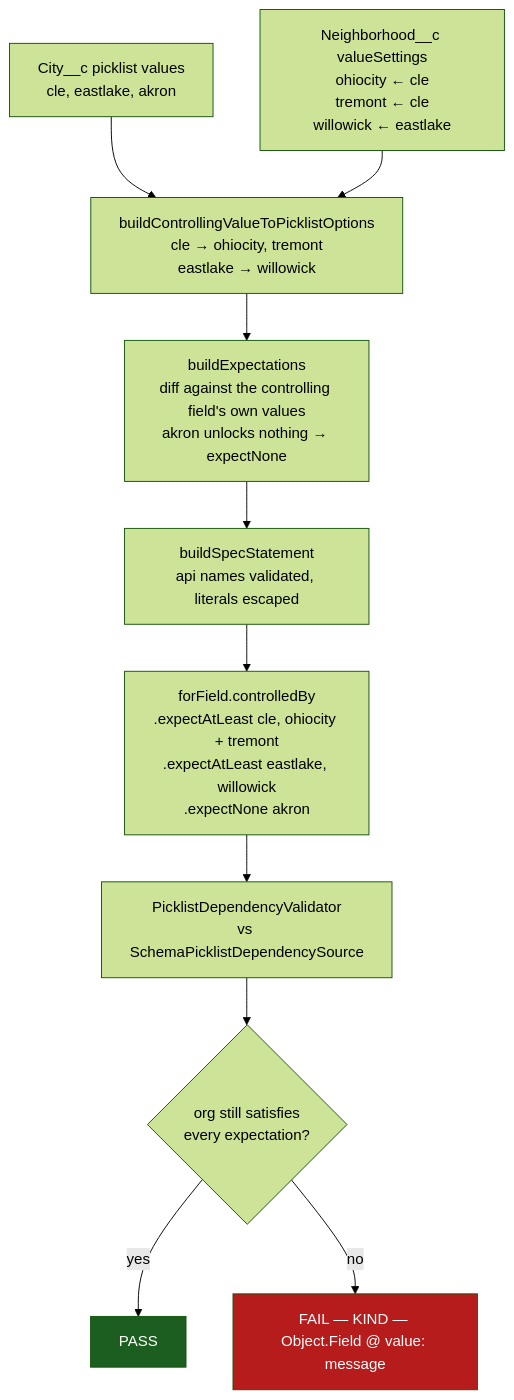
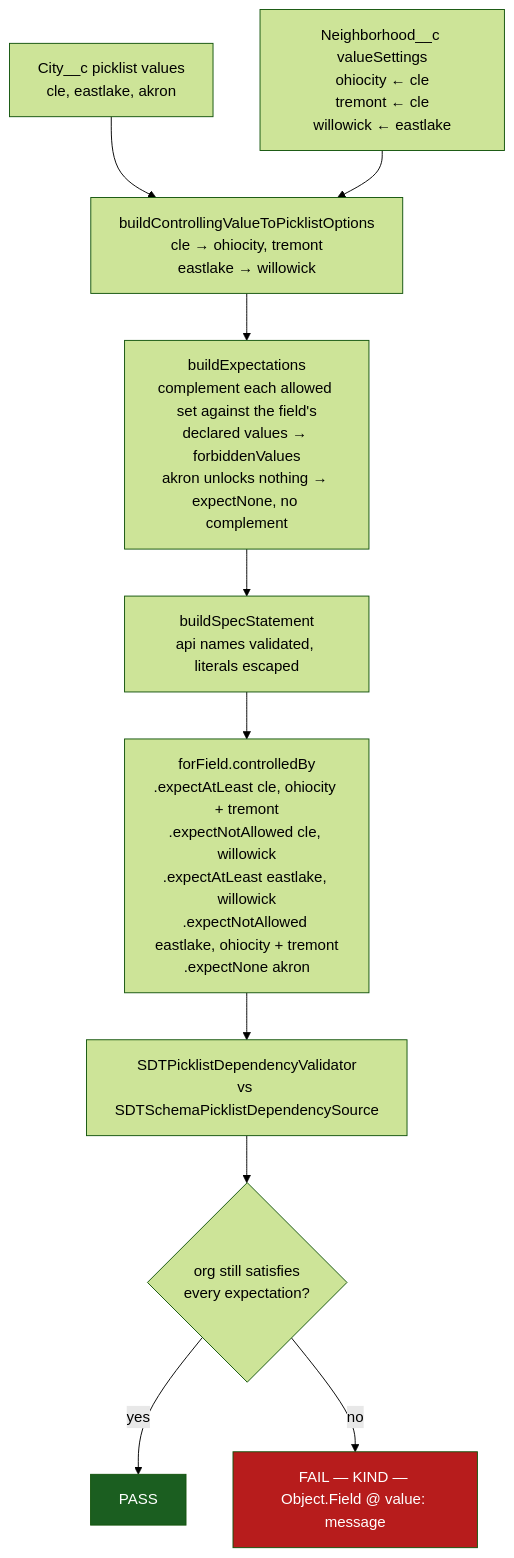
Before and after one commit to jdschleicher/Salesforce-Data-Treecipe: the eighth of 8 diagrams in scripts/picklist-dependency-demo/PICKLIST-DEPENDENCY-FLOW.md, drawn with Mermaid (forest theme). The commit also changed other lines of this file and 1 other file, not shown here.

First line of the commit message:
docs: add picklist dependency flow diagrams, updated for v3.0.0, plus a staleness guard

````diff
--- a/scripts/picklist-dependency-demo/PICKLIST-DEPENDENCY-FLOW.md
+++ b/scripts/picklist-dependency-demo/PICKLIST-DEPENDENCY-FLOW.md
@@ -334,17 +364,17 @@
 ```mermaid
 flowchart TB
     A["City__c picklist values<br/>cle, eastlake, akron"] --> C
     B["Neighborhood__c valueSettings<br/>ohiocity ← cle<br/>tremont ← cle<br/>willowick ← eastlake"] --> C
 
     C["buildControllingValueToPicklistOptions<br/>cle → ohiocity, tremont<br/>eastlake → willowick"]
-    C --> D["buildExpectations<br/>diff against the controlling field's own values<br/>akron unlocks nothing → expectNone"]
+    C --> D["buildExpectations<br/>complement each allowed set against the field's<br/>declared values → forbiddenValues<br/>akron unlocks nothing → expectNone, no complement"]
     D --> E["buildSpecStatement<br/>api names validated, literals escaped"]
-    E --> F["forField.controlledBy<br/>.expectAtLeast cle, ohiocity + tremont<br/>.expectAtLeast eastlake, willowick<br/>.expectNone akron"]
-    F --> G["PicklistDependencyValidator<br/>vs SchemaPicklistDependencySource"]
+    E --> F["forField.controlledBy<br/>.expectAtLeast cle, ohiocity + tremont<br/>.expectNotAllowed cle, willowick<br/>.expectAtLeast eastlake, willowick<br/>.expectNotAllowed eastlake, ohiocity + tremont<br/>.expectNone akron"]
+    F --> G["SDTPicklistDependencyValidator<br/>vs SDTSchemaPicklistDependencySource"]
     G --> H{"org still satisfies<br/>every expectation?"}
     H -->|yes| PASS["PASS"]
     H -->|no| FAIL["FAIL — KIND — Object.Field @ value: message"]
 
     style PASS fill:#1b5e20,color:#fff
     style FAIL fill:#b71c1c,color:#fff
 ```
````
